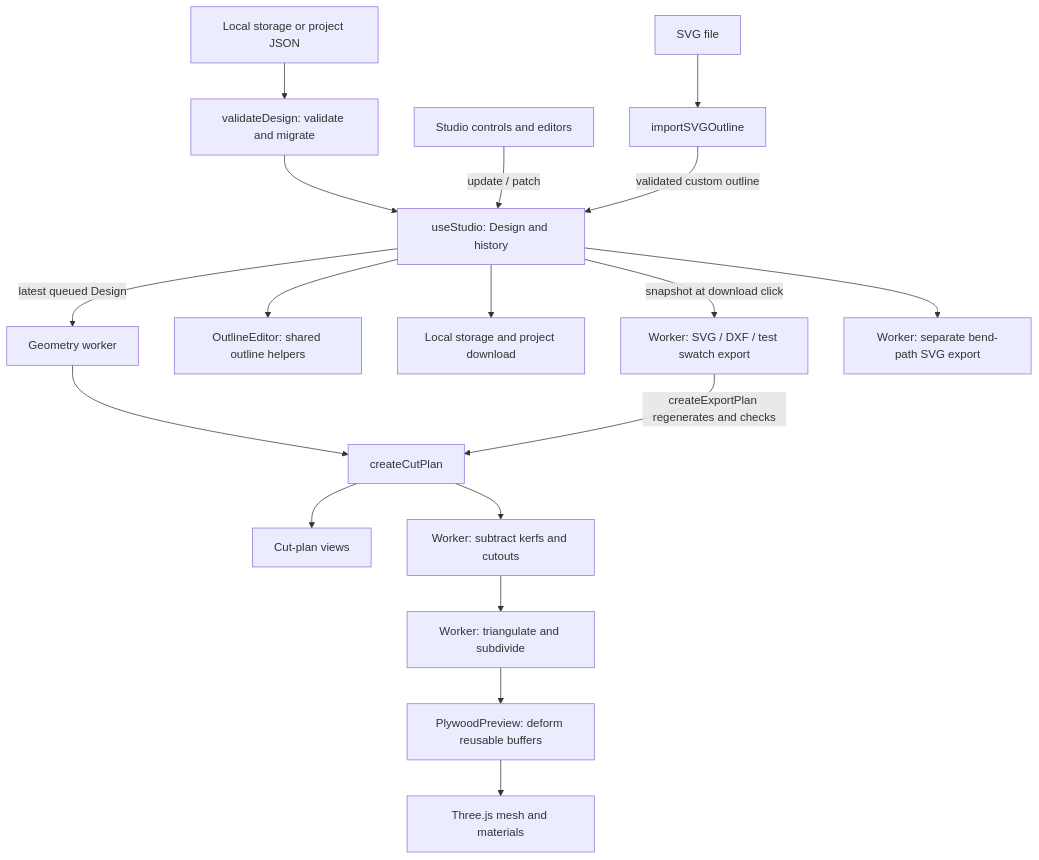
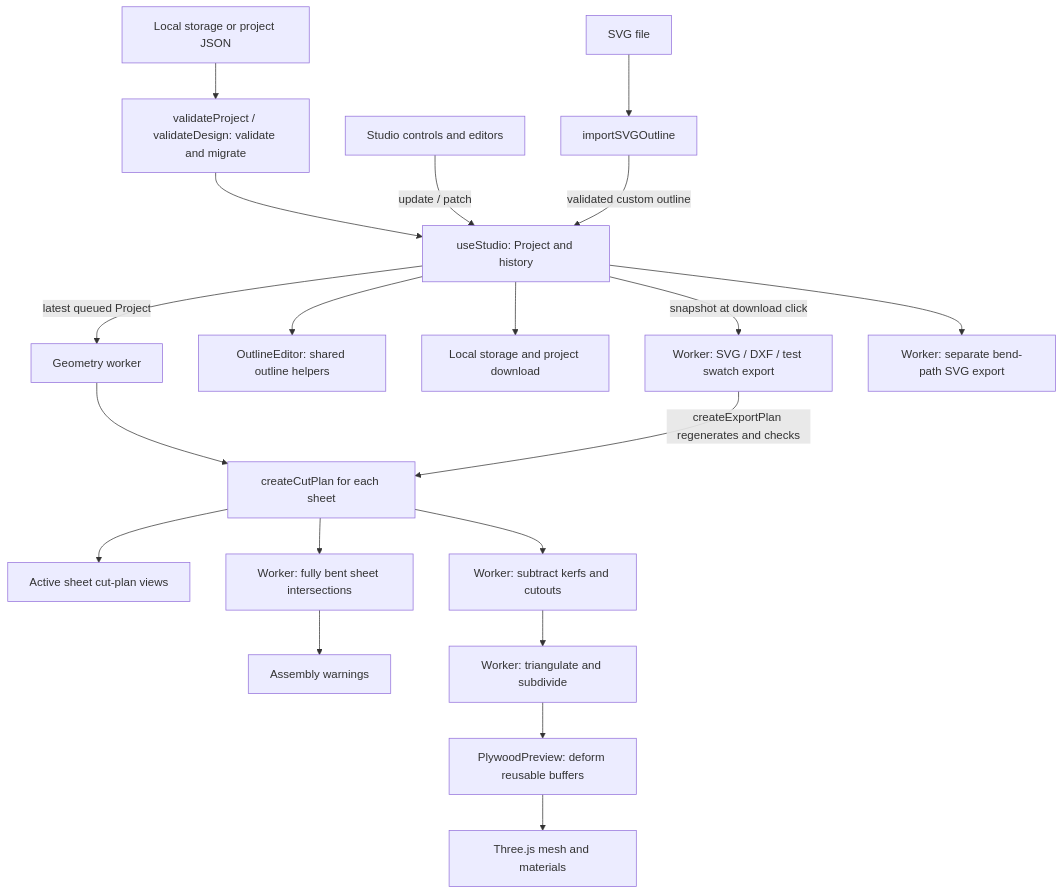
Before and after one commit to FrediBach/bentwood: the diagram in docs/architecture.md, drawn with Mermaid. The commit also changed other lines of this file and 33 other files, not shown here.

````diff
--- a/docs/architecture.md
+++ b/docs/architecture.md
@@ -20,20 +20,22 @@
 ```mermaid
 flowchart TD
-  Input[Local storage or project JSON] --> Validate[validateDesign: validate and migrate]
-  Validate --> State[useStudio: Design and history]
+  Input[Local storage or project JSON] --> Validate[validateProject / validateDesign: validate and migrate]
+  Validate --> State[useStudio: Project and history]
   UI[Studio controls and editors] -->|update / patch| State
   SVG[SVG file] --> Import[importSVGOutline]
   Import -->|validated custom outline| State
-  State -->|latest queued Design| Worker[Geometry worker]
-  Worker --> Plan[createCutPlan]
-  Plan --> Flat[Cut-plan views]
+  State -->|latest queued Project| Worker[Geometry worker]
+  Worker --> Plan[createCutPlan for each sheet]
+  Plan --> Flat[Active sheet cut-plan views]
+  Plan --> Intersections[Worker: fully bent sheet intersections]
+  Intersections --> Warnings[Assembly warnings]
   State --> Outline[OutlineEditor: shared outline helpers]
   Plan --> Surface[Worker: subtract kerfs and cutouts]
   Surface --> Topology[Worker: triangulate and subdivide]
   Topology --> Preview[PlywoodPreview: deform reusable buffers]
   Preview --> Mesh[Three.js mesh and materials]
   State --> Save[Local storage and project download]
   State -->|snapshot at download click| Export[Worker: SVG / DXF / test swatch export]
   Export -->|createExportPlan regenerates and checks| Plan
   State --> Bend[Worker: separate bend-path SVG export]
 ```
````
